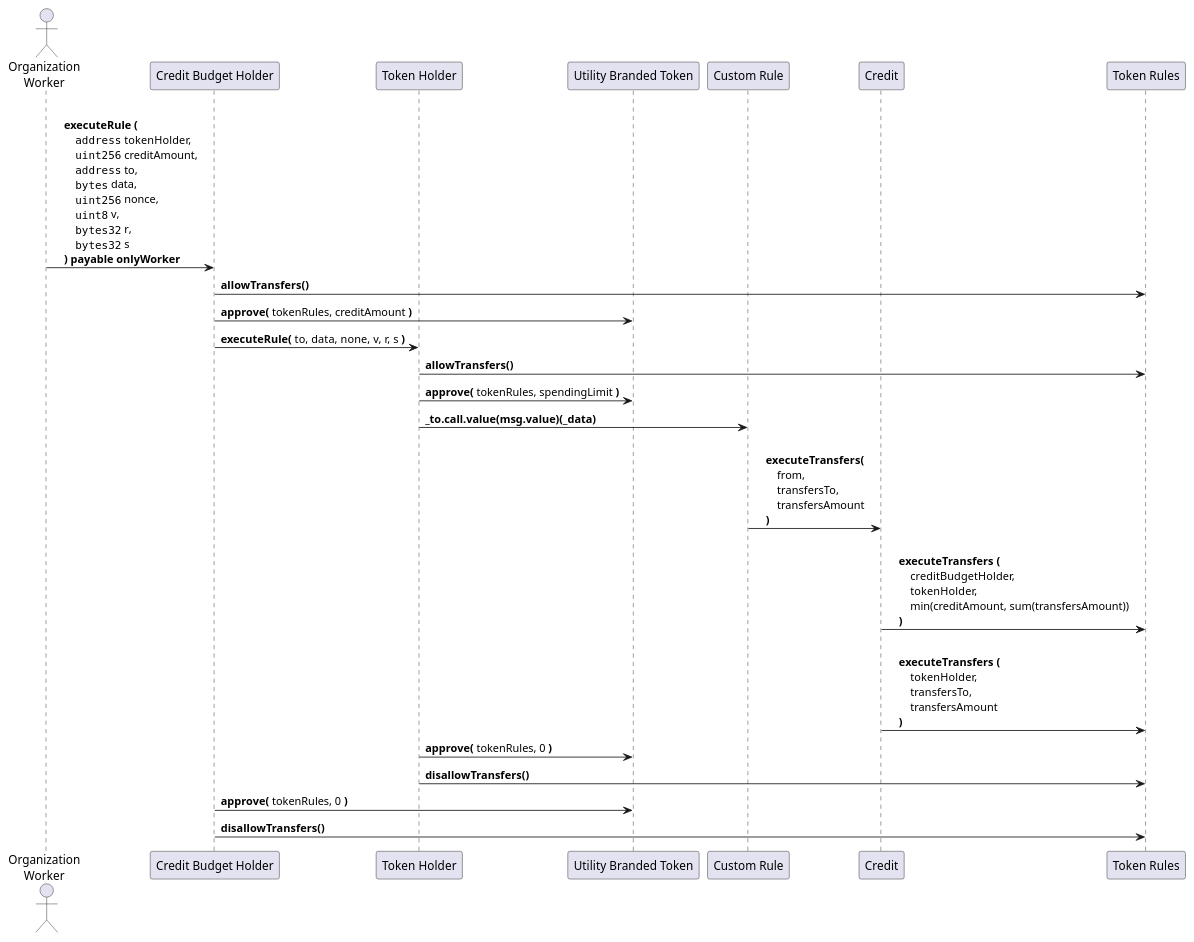
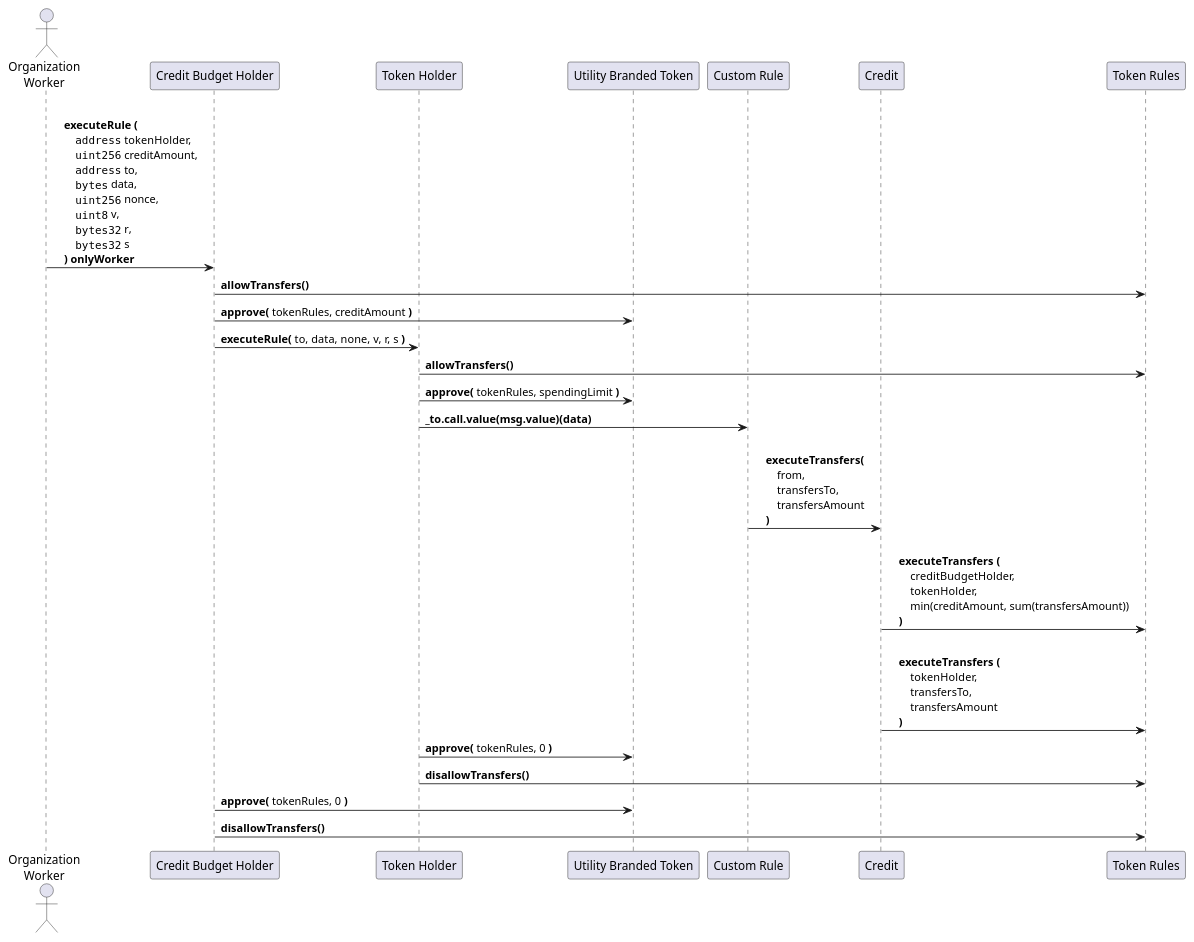
The diagram in OIPS/oip-draft-credit/sequence-diagram.wsd (OpenST/OIPs), drawn with PlantUML before and after one commit. The commit also changed 4 other files, not shown here.

Commit message:
CreditBudgetHolder is organized (only) and does not inherit from MultiSigWallet.

```diff
--- a/OIPS/oip-draft-credit/sequence-diagram.wsd
+++ b/OIPS/oip-draft-credit/sequence-diagram.wsd
@@ -1,60 +1,60 @@
 @startuml credit-sequence-diagram
 
 actor org_worker as "Organization\nWorker"
 participant credit_budget_holder as "Credit Budget Holder"
 participant token_holder as "Token Holder"
 participant ubt as "Utility Branded Token"
 participant custom_rule as "Custom Rule"
 participant credit as "Credit"
 participant token_rules as "Token Rules"
 
 org_worker->credit_budget_holder: \n\
     **executeRule (**\n\
         ""address"" tokenHolder, \n\
         ""uint256"" creditAmount, \n\
         ""address"" to, \n\
         ""bytes"" data, \n\
         ""uint256"" nonce, \n\
         ""uint8"" v, \n\
         ""bytes32"" r, \n\
         ""bytes32"" s \n\
-    **)** **payable** **onlyWorker**
+    **)** **onlyWorker**
 
 credit_budget_holder->token_rules: **allowTransfers()**
 credit_budget_holder->ubt: **approve( **tokenRules, creditAmount **)**
 
 credit_budget_holder->token_holder: **executeRule( **to, data, none, v, r, s **)**
 
 token_holder->token_rules: **allowTransfers()**
 token_holder->ubt: **approve(** tokenRules, spendingLimit **)**
 
-token_holder->custom_rule: **_to.call.value(msg.value)(_data)**
+token_holder->custom_rule: **_to.call.value(msg.value)(data)**
 
 custom_rule->credit: \n\
     **executeTransfers(** \n\
         from, \n\
         transfersTo, \n\
         transfersAmount \n\
     **)**
 
 credit->token_rules: \n\
     **executeTransfers (** \n\
         creditBudgetHolder, \n\
         tokenHolder, \n\
         min(creditAmount, sum(transfersAmount)) \n\
     **)**
 
 credit->token_rules: \n\
     **executeTransfers (** \n\
         tokenHolder, \n\
         transfersTo, \n\
         transfersAmount \n\
     **)**
 
 token_holder->ubt: **approve(** tokenRules, 0 **)**
 token_holder->token_rules: **disallowTransfers()**
 
 credit_budget_holder->ubt: **approve(** tokenRules, 0 **)**
 credit_budget_holder->token_rules: **disallowTransfers()**
 
 @enduml
```
